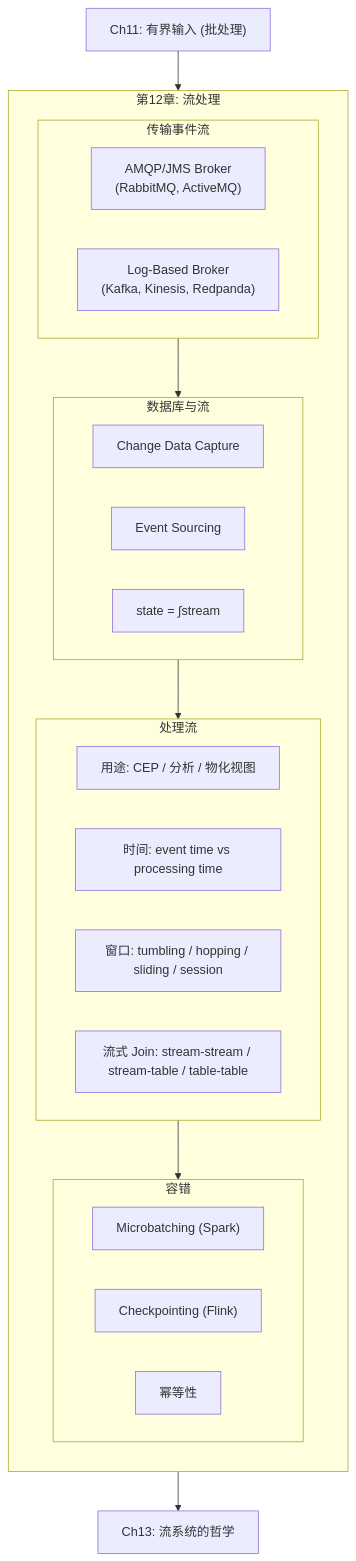
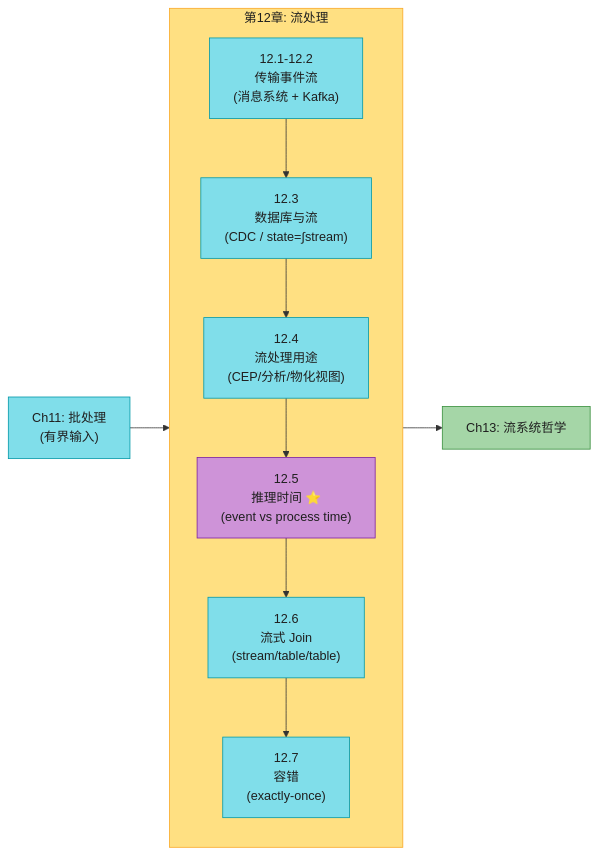
The first of 20 diagrams in ch12-流处理.md (socoo123/ddia_2nd), drawn with Mermaid before and after one commit. The commit also changed other lines of this file and 5 other files, not shown here.

````diff
--- a/ch12-流处理.md
+++ b/ch12-流处理.md
@@ -29,35 +28,28 @@
 ```mermaid
-graph TB
+flowchart LR
+    CH11["Ch11: 批处理<br/>(有界输入)"] --> CH12
+
     subgraph CH12["第12章: 流处理"]
         direction TB
+        TX["12.1-12.2<br/>传输事件流<br/>(消息系统 + Kafka)"]
+        DB["12.3<br/>数据库与流<br/>(CDC / state=∫stream)"]
+        USE["12.4<br/>流处理用途<br/>(CEP/分析/物化视图)"]
+        TIME["12.5<br/>推理时间 ⭐<br/>(event vs process time)"]
+        JOIN["12.6<br/>流式 Join<br/>(stream/table/table)"]
+        FT["12.7<br/>容错<br/>(exactly-once)"]
 
-        subgraph TRANSMIT["传输事件流"]
-            AMQP["AMQP/JMS Broker<br/>(RabbitMQ, ActiveMQ)"]
-            LOG["Log-Based Broker<br/>(Kafka, Kinesis, Redpanda)"]
-        end
-
-        subgraph DB_STREAM["数据库与流"]
-            CDC["Change Data Capture"]
-            ES["Event Sourcing"]
-            STATE["state = ∫stream"]
-        end
-
-        subgraph PROCESS["处理流"]
-            USE["用途: CEP / 分析 / 物化视图"]
-            TIME["时间: event time vs processing time"]
-            WINDOW["窗口: tumbling / hopping / sliding / session"]
-            JOIN["流式 Join: stream-stream / stream-table / table-table"]
-        end
-
-        subgraph FT["容错"]
-            MICRO["Microbatching (Spark)"]
-            CKPT["Checkpointing (Flink)"]
-            IDEMP["幂等性"]
-        end
-
-        TRANSMIT --> DB_STREAM --> PROCESS --> FT
+        TX --> DB --> USE --> TIME --> JOIN --> FT
     end
 
-    CH11["Ch11: 有界输入 (批处理)"] --> CH12
-    CH12 --> CH13["Ch13: 流系统的哲学"]
+    CH12 --> CH13["Ch13: 流系统哲学"]
+
+    style CH11 fill:#80DEEA,stroke:#0097A7,color:#1f1f1f
+    style CH12 fill:#FFE082,stroke:#F9A825,color:#1f1f1f
+    style TX fill:#80DEEA,stroke:#0097A7,color:#1f1f1f
+    style DB fill:#80DEEA,stroke:#0097A7,color:#1f1f1f
+    style USE fill:#80DEEA,stroke:#0097A7,color:#1f1f1f
+    style TIME fill:#CE93D8,stroke:#7B1FA2,color:#1f1f1f
+    style JOIN fill:#80DEEA,stroke:#0097A7,color:#1f1f1f
+    style FT fill:#80DEEA,stroke:#0097A7,color:#1f1f1f
+    style CH13 fill:#A5D6A7,stroke:#388E3C,color:#1f1f1f
 ```
````
